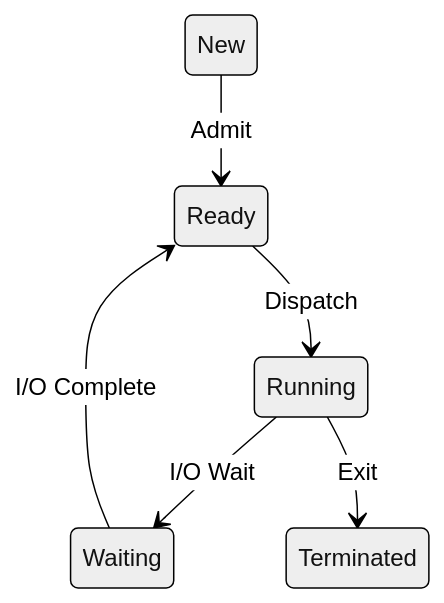
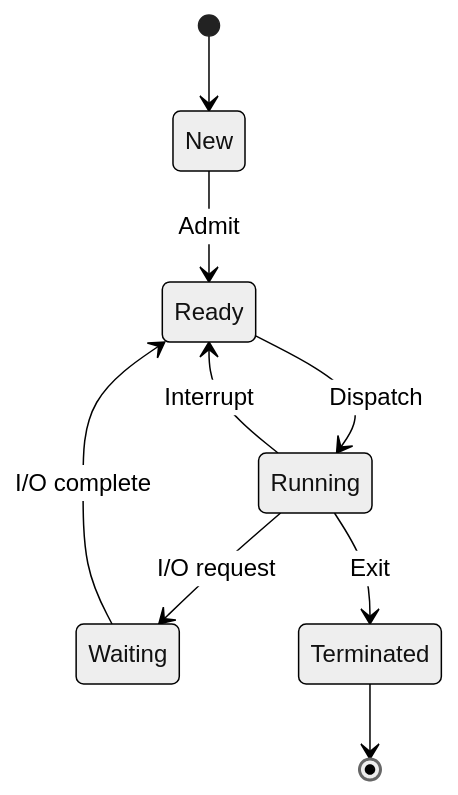
The first of 3 diagrams in README.md (NARASIMHAMURTHY4616/StudyRAG), drawn with Mermaid (neutral theme) before and after one commit. The commit also changed other lines of this file, not shown here.

````diff
--- a/README.md
+++ b/README.md
@@ -698,8 +470,11 @@
 ```mermaid
 stateDiagram-v2
+    [*] --> New
     New --> Ready : Admit
     Ready --> Running : Dispatch
-    Running --> Waiting : I/O Wait
-    Waiting --> Ready : I/O Complete
+    Running --> Ready : Interrupt
+    Running --> Waiting : I/O request
+    Waiting --> Ready : I/O complete
     Running --> Terminated : Exit
+    Terminated --> [*]
 ```
````
